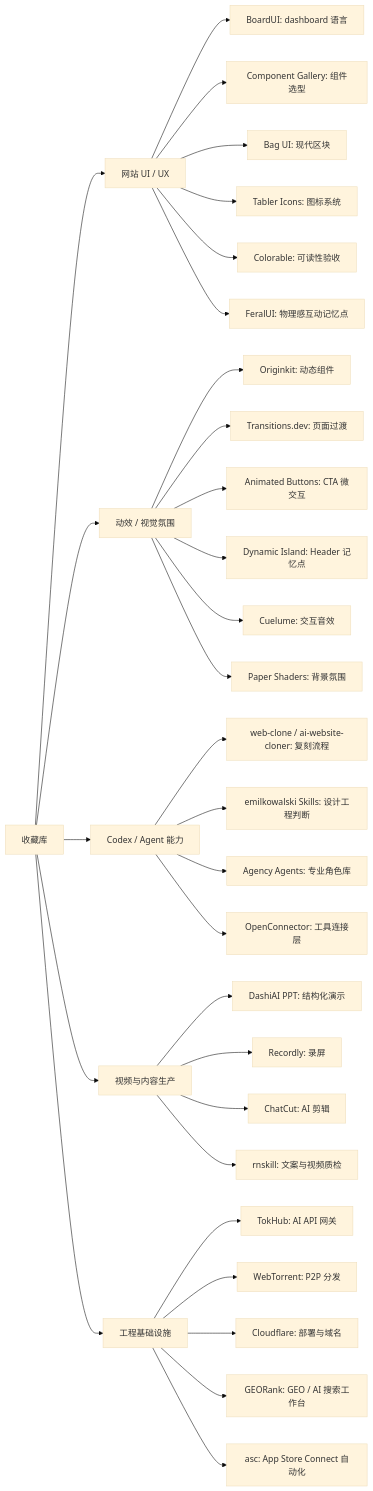
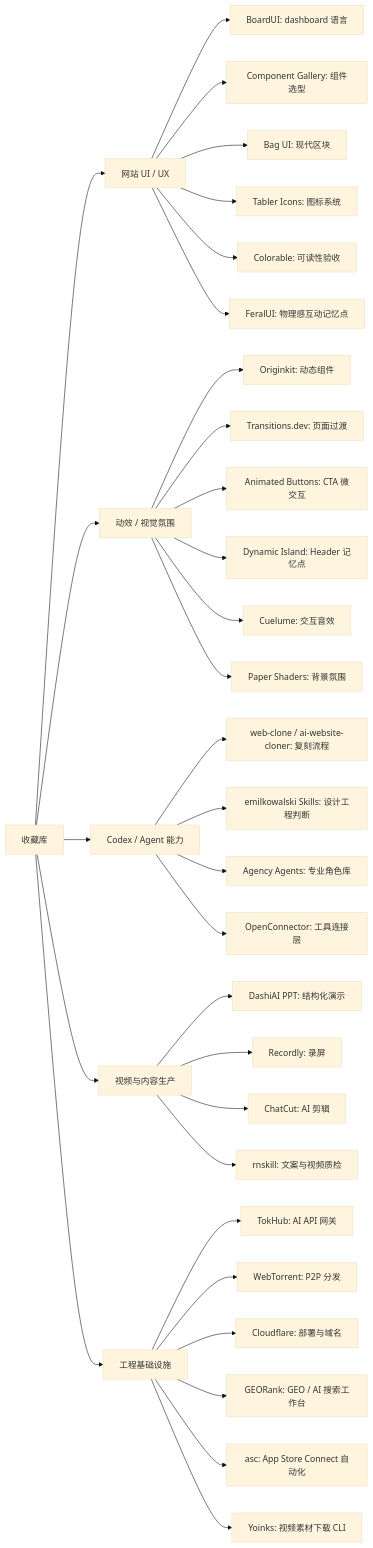
The diagram in _索引/多媒体收藏地图.md (youfei0719/glint-vault), drawn with Mermaid (base theme) before and after one commit. The commit also changed other lines of this file and 11 other files, not shown here.

````diff
--- a/_索引/多媒体收藏地图.md
+++ b/_索引/多媒体收藏地图.md
@@ -114,38 +116,39 @@
 ```mermaid
 flowchart LR
   A["收藏库"] --> B["网站 UI / UX"]
   A --> C["动效 / 视觉氛围"]
   A --> D["Codex / Agent 能力"]
   A --> E["视频与内容生产"]
   A --> F["工程基础设施"]
 
   B --> B1["BoardUI: dashboard 语言"]
   B --> B2["Component Gallery: 组件选型"]
   B --> B3["Bag UI: 现代区块"]
   B --> B4["Tabler Icons: 图标系统"]
   B --> B5["Colorable: 可读性验收"]
   B --> B6["FeralUI: 物理感互动记忆点"]
 
   C --> C1["Originkit: 动态组件"]
   C --> C2["Transitions.dev: 页面过渡"]
   C --> C3["Animated Buttons: CTA 微交互"]
   C --> C4["Dynamic Island: Header 记忆点"]
   C --> C5["Cuelume: 交互音效"]
   C --> C6["Paper Shaders: 背景氛围"]
 
   D --> D1["web-clone / ai-website-cloner: 复刻流程"]
   D --> D2["emilkowalski Skills: 设计工程判断"]
   D --> D3["Agency Agents: 专业角色库"]
   D --> D4["OpenConnector: 工具连接层"]
 
   E --> E1["DashiAI PPT: 结构化演示"]
   E --> E2["Recordly: 录屏"]
   E --> E3["ChatCut: AI 剪辑"]
   E --> E4["rnskill: 文案与视频质检"]
 
   F --> F1["TokHub: AI API 网关"]
   F --> F2["WebTorrent: P2P 分发"]
   F --> F3["Cloudflare: 部署与域名"]
   F --> F4["GEORank: GEO / AI 搜索工作台"]
   F --> F5["asc: App Store Connect 自动化"]
+  F --> F6["Yoinks: 视频素材下载 CLI"]
 ```
````
